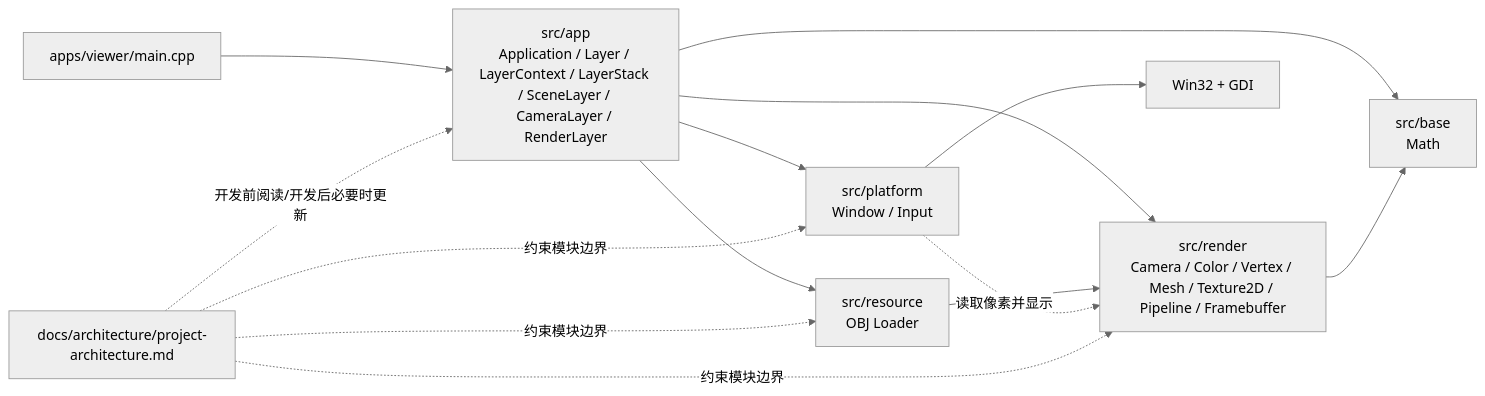
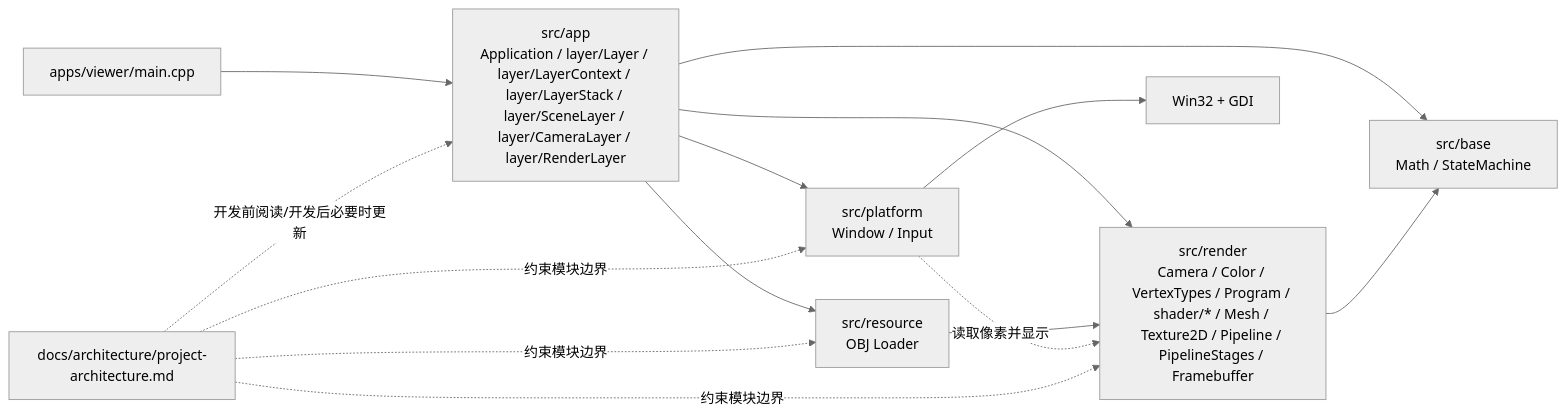
Before and after one commit to wanyan1114/softRenderer: the first of 2 diagrams in docs/architecture/project-architecture.md, drawn with Mermaid (neutral theme). The commit also changed other lines of this file and 42 other files, not shown here.

````diff
--- a/docs/architecture/project-architecture.md
+++ b/docs/architecture/project-architecture.md
@@ -33,25 +33,25 @@
 ```mermaid
 flowchart LR
     viewer["apps/viewer/main.cpp"]
-    app["src/app<br/>Application / Layer / LayerContext / LayerStack / SceneLayer / CameraLayer / RenderLayer"]
+    app["src/app<br/>Application / layer/Layer / layer/LayerContext / layer/LayerStack / layer/SceneLayer / layer/CameraLayer / layer/RenderLayer"]
     platform["src/platform\nWindow / Input"]
     resource["src/resource\nOBJ Loader"]
-    base["src/base\nMath"]
-    render["src/render\nCamera / Color / Vertex / Mesh / Texture2D / Pipeline / Framebuffer"]
+    base["src/base\nMath / StateMachine"]
+    render["src/render\nCamera / Color / VertexTypes / Program / shader/* / Mesh / Texture2D / Pipeline / PipelineStages / Framebuffer"]
     win32["Win32 + GDI"]
     docs["docs/architecture/project-architecture.md"]
 
     viewer --> app
     app --> platform
     app --> base
     app --> resource
     app --> render
     resource --> render
     platform --> win32
     render --> base
     platform -.读取像素并显示.-> render
     docs -.开发前阅读/开发后必要时更新.-> app
     docs -.约束模块边界.-> platform
     docs -.约束模块边界.-> resource
     docs -.约束模块边界.-> render
 ```
````
